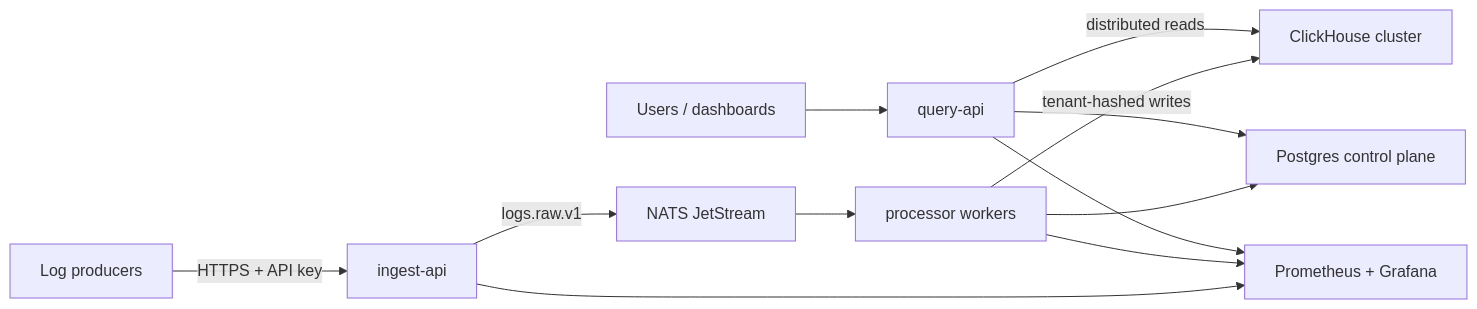
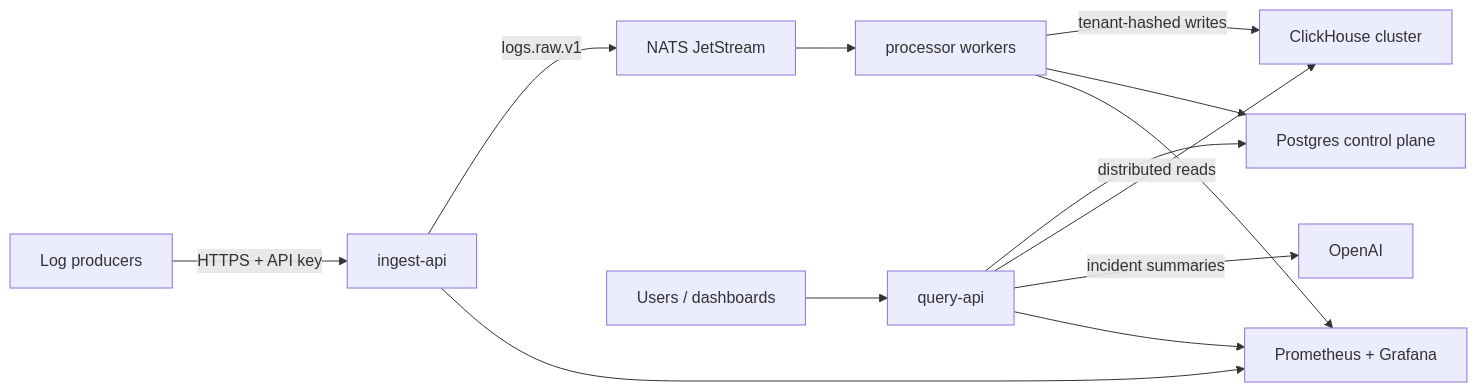
Before and after one commit to PratypartyY2K/real-time-log-aggregator: the diagram in README.md, drawn with Mermaid. The commit also changed other lines of this file and 4 other files, not shown here.

````diff
--- a/README.md
+++ b/README.md
@@ -22,12 +23,13 @@
 ```mermaid
 flowchart LR
     P["Log producers"] -->|"HTTPS + API key"| I["ingest-api"]
     I -->|"logs.raw.v1"| N["NATS JetStream"]
     N --> C["processor workers"]
     C -->|"tenant-hashed writes"| CH["ClickHouse cluster"]
     C --> PG["Postgres control plane"]
     Q["query-api"] --> PG
     Q -->|"distributed reads"| CH
+    Q -->|"incident summaries"| AI["OpenAI"]
     U["Users / dashboards"] --> Q
     I & C & Q --> M["Prometheus + Grafana"]
 ```
````
